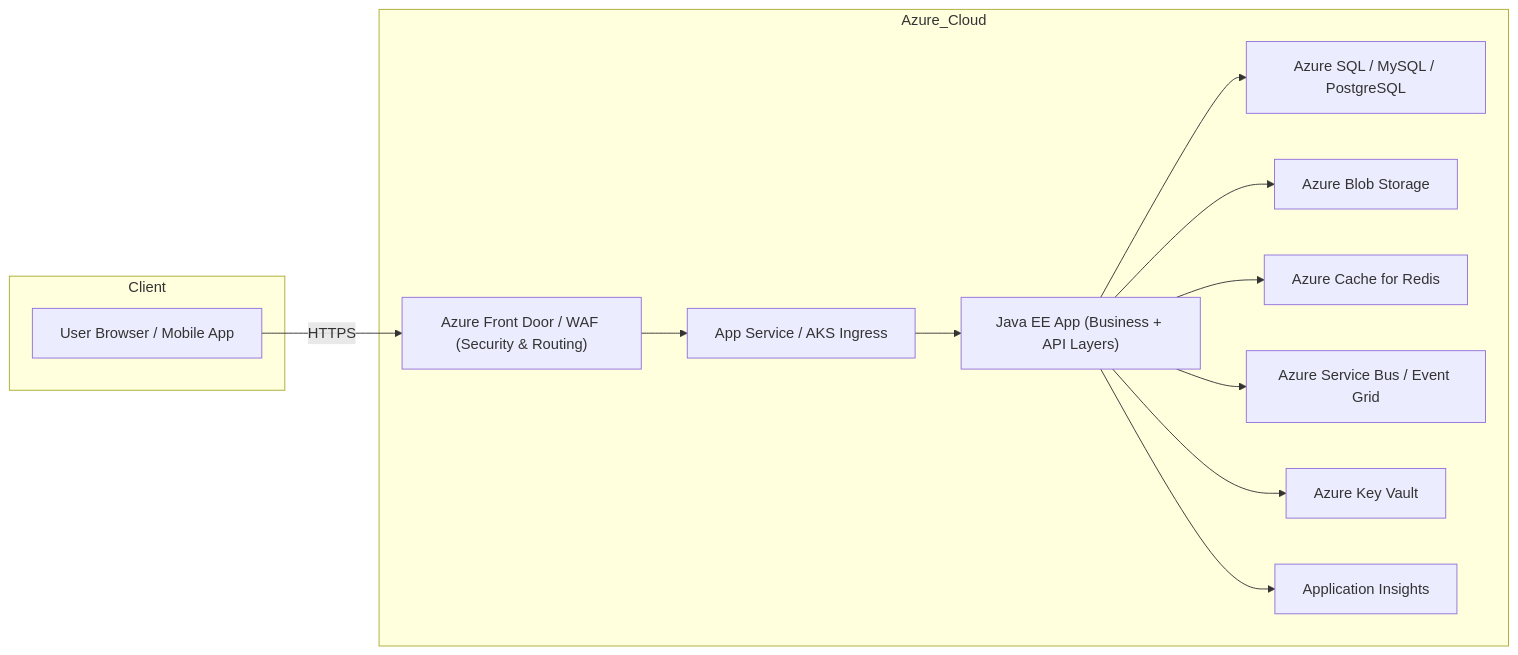
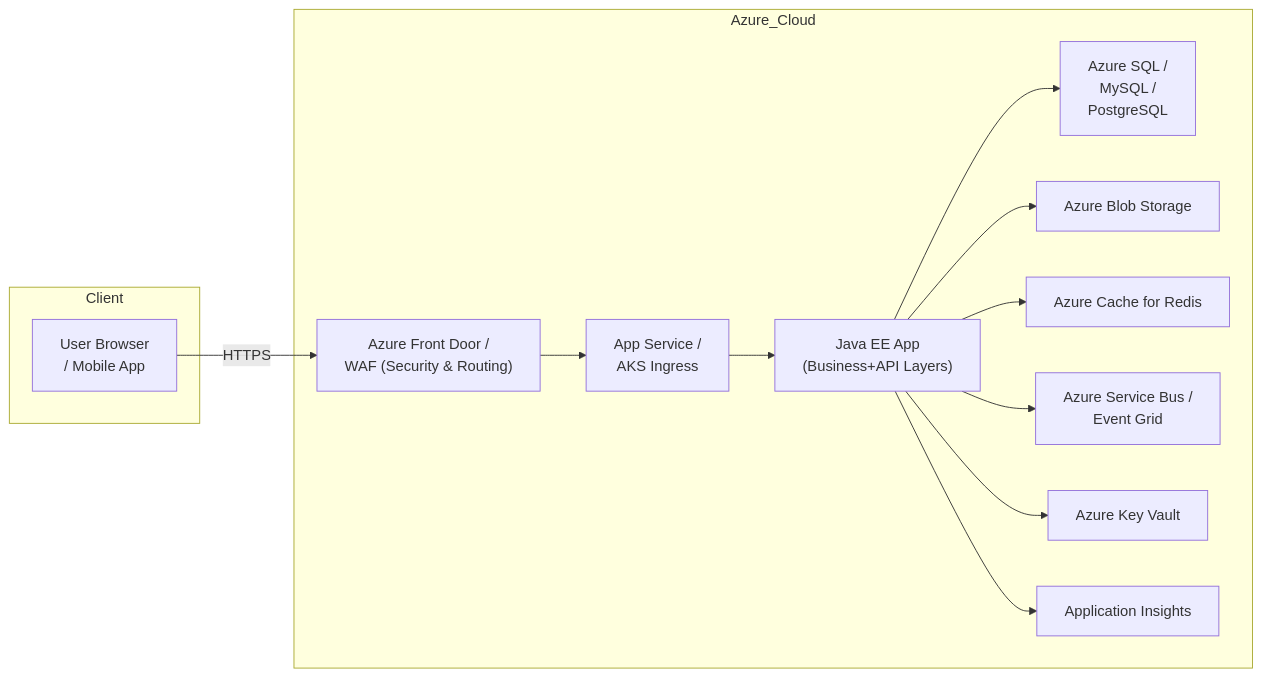
One commit to cassmastern/lers-sandbox changed the third of 5 diagrams in docs/sec_cloud/jakarta-ee-azure.md. Above: the diagram before and after it, drawn with Mermaid. The commit also changed other lines of this file and 107 other files, not shown here.

Commit message:
Diagram improvements and other minor tweaks

````diff
--- a/docs/sec_cloud/jakarta-ee-azure.md
+++ b/docs/sec_cloud/jakarta-ee-azure.md
@@ -114,30 +114,30 @@
 ```mermaid
 flowchart LR
     accTitle: Flowchart diagram showing an Azure Enterprise App's system architecture
     accDescr: Flowchart diagram showing an Azure Enterprise App's system architecture: user browser connecting via HTTPS to Azure Front Door WAF for security and routing, which connects to App Service or AKS Ingress, then to Java EE App containing business and API layers. The Java EE App connects to 6 Azure services: SQL/MySQL/PostgreSQL database, Blob Storage for files, Cache for Redis, Service Bus/Event Grid for messaging, Key Vault for secrets, and Application Insights for monitoring. Data flows from browser through security layer to app, then branches to all backend services.
   subgraph Client
-    Browser["User Browser / Mobile App"]
+    Browser["User Browser<br> / Mobile App"]
   end
 
   subgraph Azure_Cloud
-    FrontDoor["Azure Front Door / WAF (Security & Routing)"]
-    API["App Service / AKS Ingress"]
-    App["Java EE App (Business + API Layers)"]
-    DB["Azure SQL / MySQL / PostgreSQL"]
+    FrontDoor["Azure Front Door /<br> WAF (Security & Routing)"]
+    API["App Service /<br> AKS Ingress"]
+    App["Java EE App<br> (Business+API Layers)"]
+    DB["Azure SQL /<br> MySQL /<br> PostgreSQL"]
     Blob["Azure Blob Storage"]
     Cache["Azure Cache for Redis"]
-    Msg["Azure Service Bus / Event Grid"]
+    Msg["Azure Service Bus /<br> Event Grid"]
     KV["Azure Key Vault"]
     Insights["Application Insights"]
   end
 
   Browser -->|HTTPS| FrontDoor
   FrontDoor --> API
   API --> App
   App --> DB
   App --> Blob
   App --> Cache
   App --> Msg
   App --> KV
   App --> Insights
 ```
````
